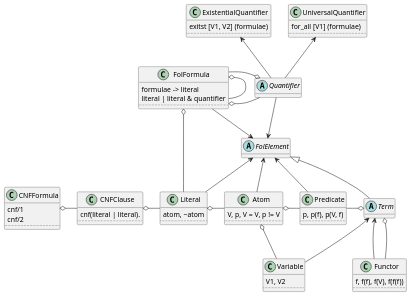
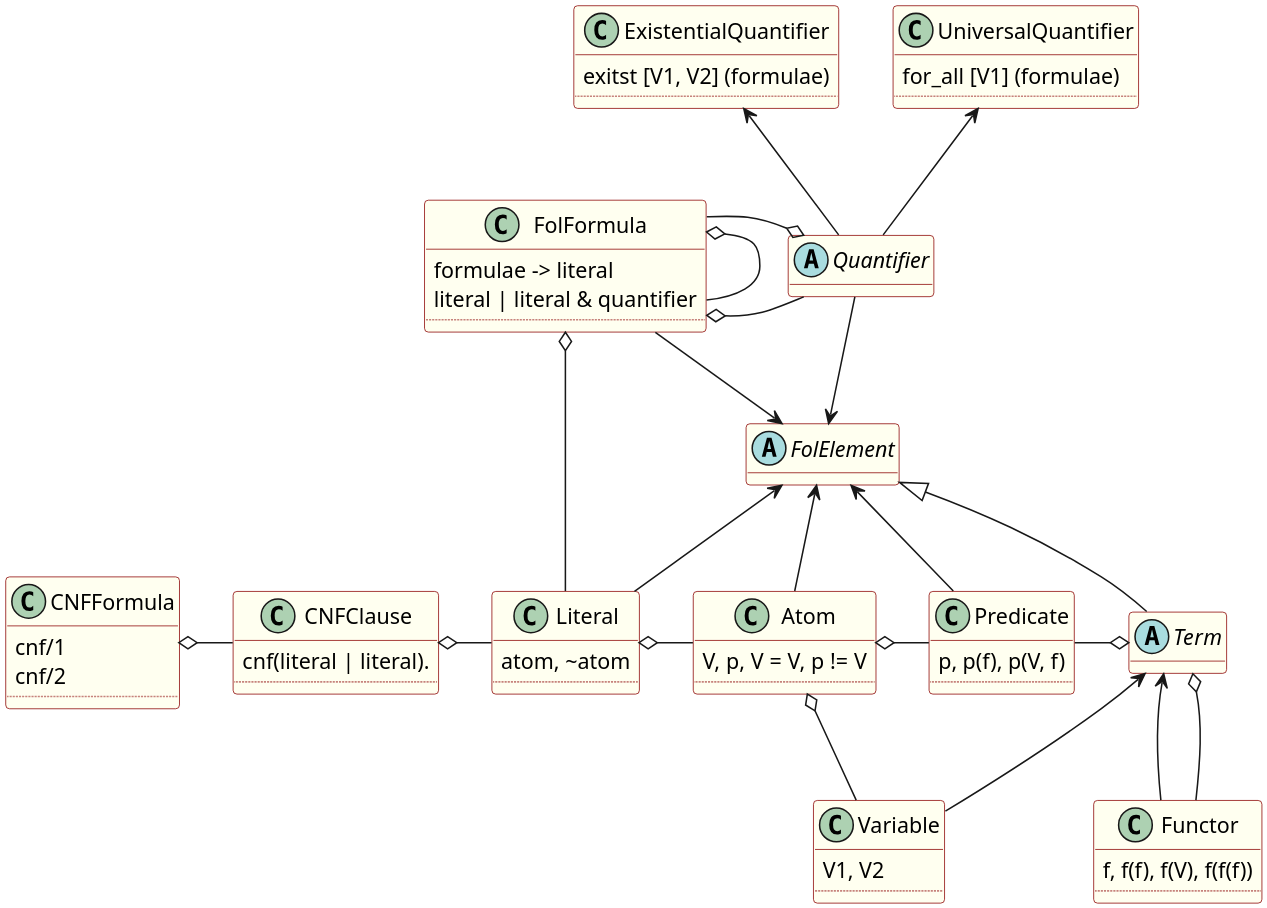
Before and after one commit to Mateusz-Grzelinski/set-research-documentation: the diagram in logic-formula-generator/fol/fol_elements.puml, drawn with PlantUML. The commit also changed 15 other files, not shown here.

```diff
--- a/logic-formula-generator/fol/fol_elements.puml
+++ b/logic-formula-generator/fol/fol_elements.puml
@@ -2,92 +2,98 @@
 @startuml
+skinparam dpi 300
+
+skinparam class {
+  backgroundColor Ivory
+  borderColor DarkRed
+}
 
 Quantifier  --> FolElement
 ExistentialQuantifier <-- Quantifier
 UniversalQuantifier <-- Quantifier
 
 FolFormula --> FolElement
 FolElement <-- Literal
 FolElement <-- Atom
 FolElement <-- Predicate
 FolElement <|-- Term
 Term <-- Functor
 Term o-- Functor
 Term <-- Variable
 
 /' ExistentialQuantifier -[hidden]- Literal  '/
 /' UniversalQuantifier-[hidden]- Literal  '/
 
 CNFFormula o- CNFClause
 FolFormula o- Quantifier
 FolFormula -o Quantifier
 FolFormula o- FolFormula
 
 FolFormula o- Literal
 CNFClause o- Literal
 Literal o- Atom
 Atom o- Predicate
 Atom o- Variable
 Predicate -o Term
 
 hide fields
 
 class CNFFormula {
 	cnf/1
 	cnf/2
 	..
 }
 
 abstract class Quantifier {
 }
 
 class ExistentialQuantifier {
 	exitst [V1, V2] (formulae)
 	..
 }
 class UniversalQuantifier{
 	for_all [V1] (formulae)
 	..
 }
 
 class CNFClause {
 	cnf(literal | literal).
 	..
 }
 
 class FolFormula {
 	formulae -> literal
 	literal | literal & quantifier
 	..
 }
 
 class Literal {
 	atom, ~atom
 	..
 }
 
 class Atom {
 	V, p, V = V, p != V
 	..
 }
 
 class Predicate {
 	p, p(f), p(V, f)
 	..
 }
 
 class Functor {
 	f, f(f), f(V), f(f(f))
 	..
 }
 
 class Variable {
 	V1, V2
 	..
 }
 
 abstract class Term {
 }
 
 abstract class FolElement {
 }
 @enduml
```
